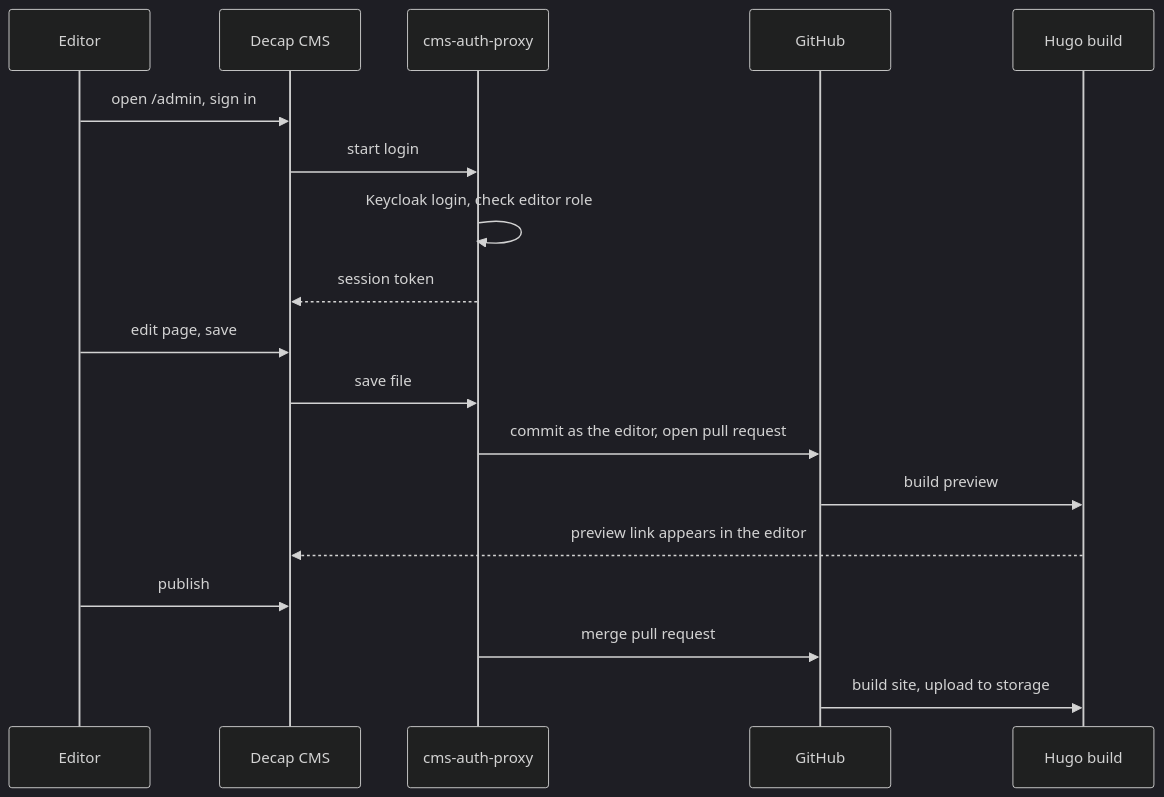
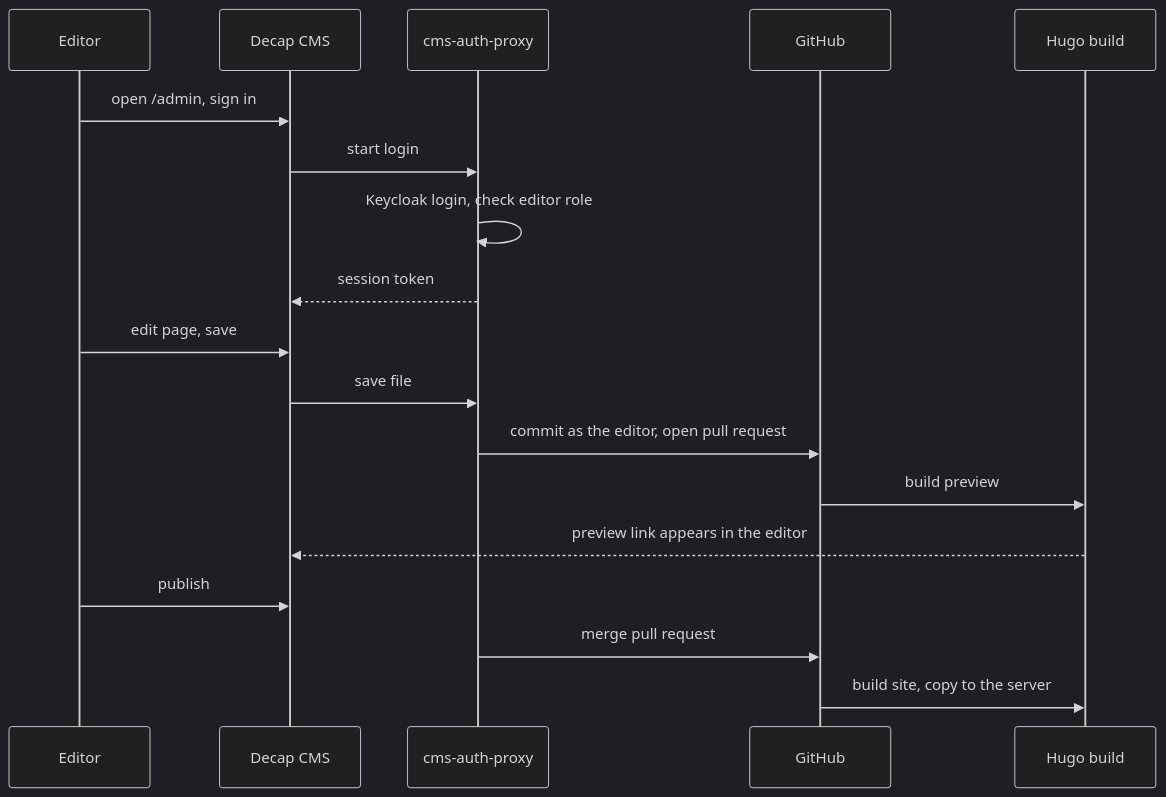
One commit to rvirtaha/prodeko-hack changed the second of 4 diagrams in docs/superpowers/specs/2026-09-18-prodeko-git-cms-design.md. Above: the diagram before and after it, drawn with Mermaid (dark theme). The commit also changed other lines of this file and 2 other files, not shown here.

First line of the commit message:
Serve the built site from disk instead of object storage

````diff
--- a/docs/superpowers/specs/2026-09-18-prodeko-git-cms-design.md
+++ b/docs/superpowers/specs/2026-09-18-prodeko-git-cms-design.md
@@ -85,21 +89,21 @@
 ```mermaid
 sequenceDiagram
     participant E as Editor
     participant D as Decap CMS
     participant P as cms-auth-proxy
     participant G as GitHub
     participant H as Hugo build
 
     E->>D: open /admin, sign in
     D->>P: start login
     P->>P: Keycloak login, check editor role
     P-->>D: session token
     E->>D: edit page, save
     D->>P: save file
     P->>G: commit as the editor, open pull request
     G->>H: build preview
     H-->>D: preview link appears in the editor
     E->>D: publish
     P->>G: merge pull request
-    G->>H: build site, upload to storage
+    G->>H: build site, copy to the server
 ```
````
